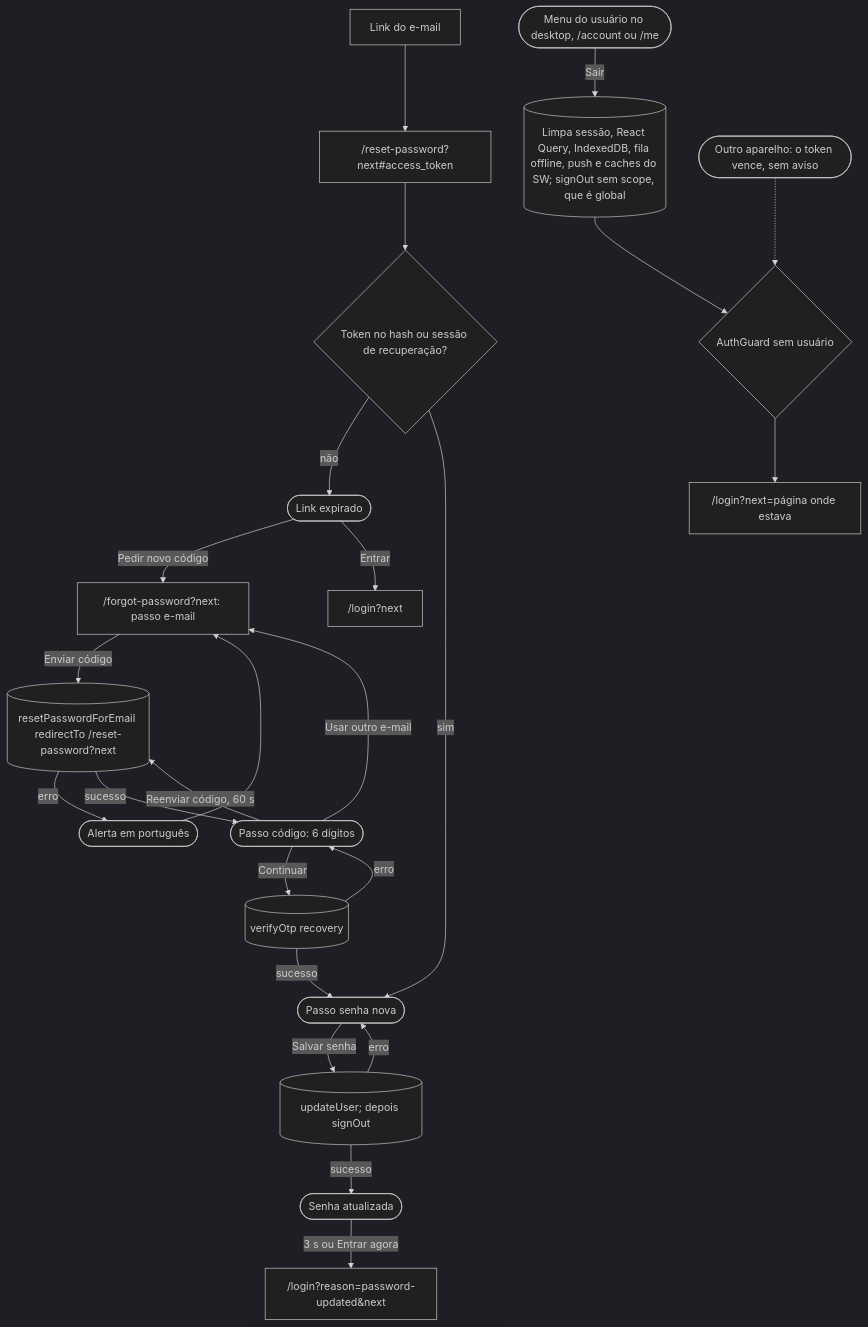
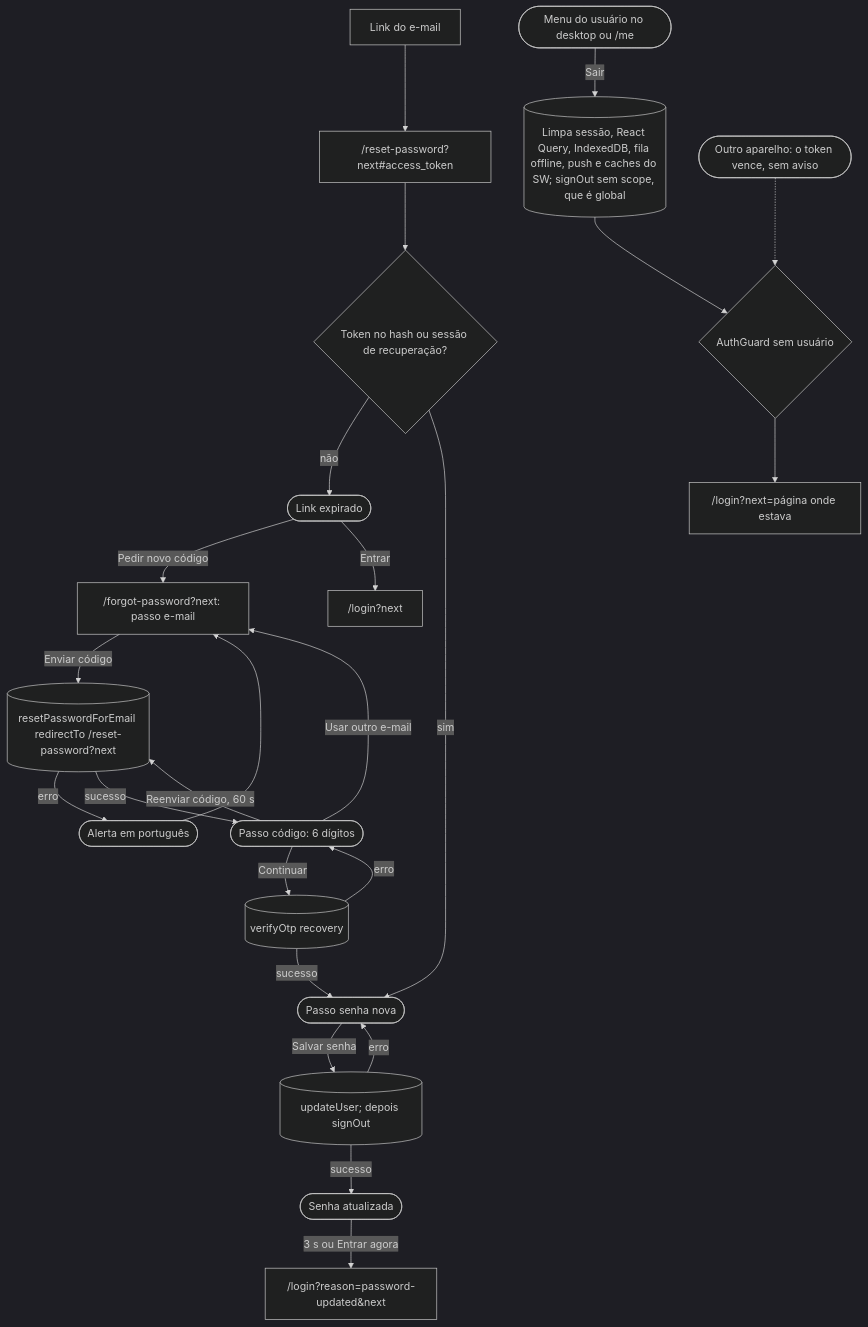
One commit to kauax2000/finance_app changed the third of 32 diagrams in docs/JORNADAS.md. Above: the diagram before and after it, drawn with Mermaid. The commit also changed other lines of this file and 4 other files, not shown here.

````diff
--- a/docs/JORNADAS.md
+++ b/docs/JORNADAS.md
@@ -241,28 +241,28 @@
 ```mermaid
 %%{init: {"theme": "dark"}}%%
 flowchart TD
     forgot["/forgot-password?next: passo e-mail"] -->|"Enviar código"| resetMail[("resetPasswordForEmail redirectTo /reset-password?next")]
     resetMail -->|"erro"| forgotErr(["Alerta em português"]) --> forgot
     resetMail -->|"sucesso"| code(["Passo código: 6 dígitos"])
     code -->|"Usar outro e-mail"| forgot
     code -->|"Reenviar código, 60 s"| resetMail
     code -->|"Continuar"| verify[("verifyOtp recovery")]
     verify -->|"erro"| code
     verify -->|"sucesso"| newPass(["Passo senha nova"])
     newPass -->|"Salvar senha"| update[("updateUser; depois signOut")]
     update -->|"erro"| newPass
     update -->|"sucesso"| done(["Senha atualizada"]) -->|"3 s ou Entrar agora"| loginPwd["/login?reason=password-updated&next"]
 
     mailLink["Link do e-mail"] --> reset["/reset-password?next#access_token"]
     reset --> token{"Token no hash ou sessão de recuperação?"}
     token -->|"não"| expired(["Link expirado"])
     expired -->|"Pedir novo código"| forgot
     expired -->|"Entrar"| loginPlain["/login?next"]
     token -->|"sim"| newPass
 
-    menus(["Menu do usuário no desktop, /account ou /me"]) -->|"Sair"| signout[("Limpa sessão, React Query, IndexedDB, fila offline, push e caches do SW; signOut sem scope, que é global")]
+    menus(["Menu do usuário no desktop ou /me"]) -->|"Sair"| signout[("Limpa sessão, React Query, IndexedDB, fila offline, push e caches do SW; signOut sem scope, que é global")]
     signout --> guardOut{"AuthGuard sem usuário"}
     guardOut --> loginNext["/login?next=página onde estava"]
 
     other(["Outro aparelho: o token vence, sem aviso"]) -.-> guardOut
 ```
````
